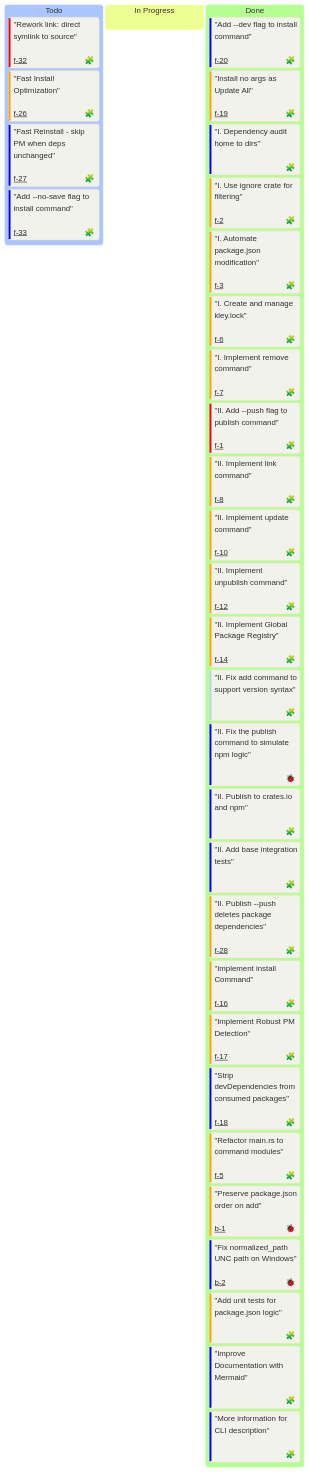
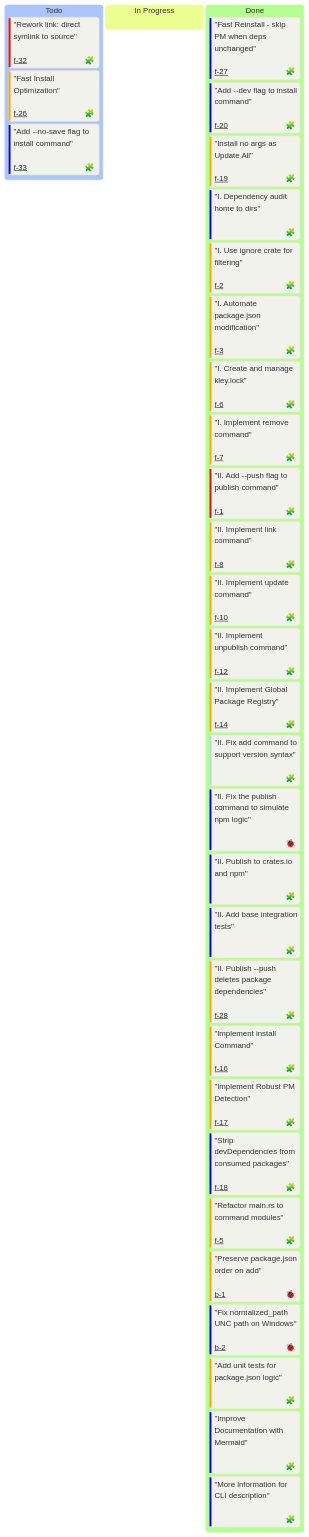
Before and after one commit to sumbad/kley: the diagram in docs/milestones/M1-mvp.md, drawn with Mermaid. The commit also changed other lines of this file and 1 other file, not shown here.

````diff
--- a/docs/milestones/M1-mvp.md
+++ b/docs/milestones/M1-mvp.md
@@ -17,57 +17,57 @@
 ```mermaid
 ---
 config:
   kanban:
     ticketBaseUrl: 'https://github.com/sumbad/kley/tree/master/docs/tickets/#TICKET#.md'
     
     ### Legend
     # assigned - 🧩 = feat | 🐞 = bug
     # priority - `Very High` = Critical | `High` = High | `Low` = Medium | `Very Low` = Low
     # ticket - used for a ticket file name (tickets/#TICKET#.md)
 ---
 %%{init: {
   'theme': 'base',
   'themeVariables': {
     'darkMode': false,
     'background': '#F0F2EB'
   }
 }}%%
 
 kanban
     Todo
         "Rework link: direct symlink to source"<br/><br/>@{ assigned: 🧩, priority: 'Very High', ticket: 'f-32' }
         "Fast Install Optimization"<br/><br/>@{ assigned: 🧩, priority: 'High', ticket: 'f-26' }
-        "Fast Reinstall - skip PM when deps unchanged"<br/><br/>@{ assigned: 🧩, priority: 'Low', ticket: 'f-27' }
         "Add --no-save flag to install command"<br/><br/>@{ assigned: 🧩, priority: 'Low', ticket: 'f-33' }
 
     In Progress
 
     Done
+        "Fast Reinstall - skip PM when deps unchanged"<br/><br/>@{ assigned: 🧩, priority: 'Low', ticket: 'f-27' }
         "Add --dev flag to install command"<br/><br/>@{ assigned: 🧩, priority: 'Low', ticket: 'f-20' }
         "Install no args as Update All"<br/><br/>@{ assigned: 🧩, priority: 'High', ticket: 'f-19' }
         "I. Dependency audit home to dirs"<br/><br/>@{ assigned: 🧩, priority: 'Low' }
         "I. Use ignore crate for filtering"<br/><br/>@{ assigned: 🧩, priority: 'High', ticket: 'f-2' }
         "I. Automate package.json modification"<br/><br/>@{ assigned: 🧩, priority: 'High', ticket: 'f-3' }
         "I. Create and manage kley.lock"<br/><br/>@{ assigned: 🧩, priority: 'High', ticket: 'f-6' }
         "I. Implement remove command"<br/><br/>@{ assigned: 🧩, priority: 'High', ticket: 'f-7' }
         "II. Add --push flag to publish command"<br/><br/>@{ assigned: 🧩, priority: 'Very High', ticket: 'f-1' }
         "II. Implement link command"<br/><br/>@{ assigned: 🧩, priority: 'High', ticket: 'f-8' }
         "II. Implement update command"<br/><br/>@{ assigned: 🧩, priority: 'High', ticket: 'f-10' }
         "II. Implement unpublish command"<br/><br/>@{ assigned: 🧩, priority: 'High', ticket: 'f-12' }
         "II. Implement Global Package Registry"<br/><br/>@{ assigned: 🧩, priority: 'High', ticket: 'f-14' }
         "II. Fix add command to support version syntax"<br/><br/>@{ assigned: 🧩, priority: 'Very Low' }
         "II. Fix the publish command to simulate npm logic"<br/><br/>@{ assigned: 🐞, priority: 'Low' }
         "II. Publish to crates.io and npm"<br/><br/>@{ assigned: 🧩, priority: 'Low' }
         "II. Add base integration tests"<br/><br/>@{ assigned: 🧩, priority: 'Low' }
         "II. Publish --push deletes package dependencies"<br/><br/>@{ assigned: 🧩, priority: 'High', ticket: 'f-28' }
         "Implement install Command"<br/><br/>@{ assigned: 🧩, priority: 'High', ticket: 'f-16' }
         "Implement Robust PM Detection"<br/><br/>@{ assigned: 🧩, priority: 'High', ticket: 'f-17' }
         "Strip devDependencies from consumed packages"<br/><br/>@{ assigned: 🧩, priority: 'Low', ticket: 'f-18' }
         "Refactor main.rs to command modules"<br/><br/>@{ assigned: 🧩, priority: 'High', ticket: 'f-5' }
         "Preserve package.json order on add"<br/><br/>@{ assigned: 🐞, priority: 'High', ticket: 'b-1' }
         "Fix normalized_path UNC path on Windows"<br/><br/>@{ assigned: 🐞, priority: 'Low', ticket: 'b-2' }
         "Add unit tests for package.json logic"<br/><br/>@{ assigned: 🧩, priority: 'High' }
         "Improve Documentation with Mermaid"<br/><br/>@{ assigned: 🧩, priority: 'Low' }
         "More information for CLI description"<br/><br/>@{ assigned: 🧩, priority: 'Low' }
 
 ```
````
